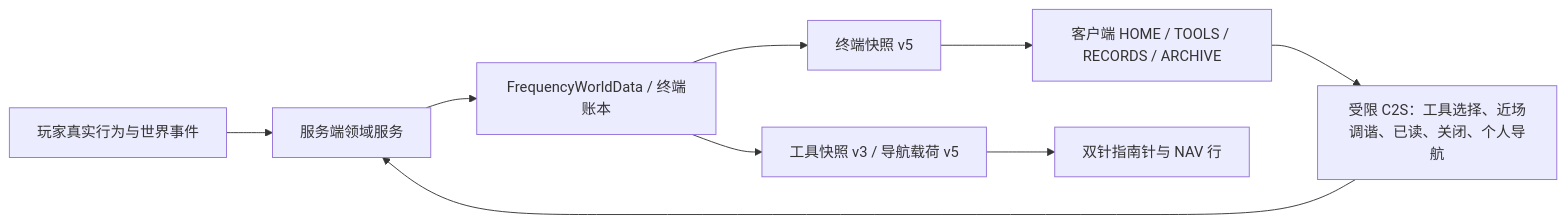
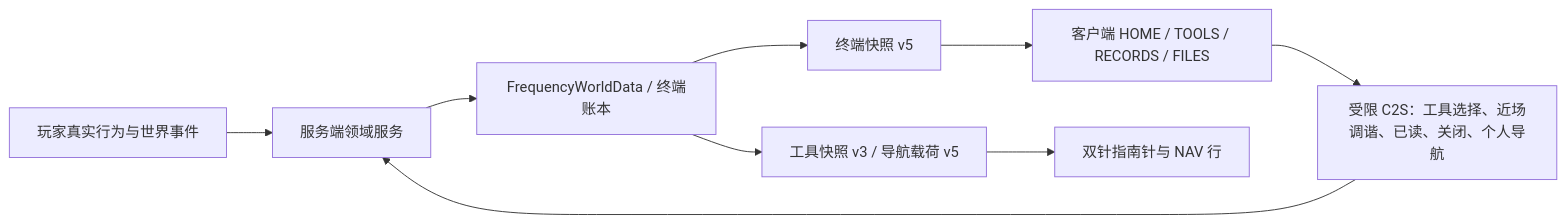
The diagram in docs/architecture.md (xiaoming6680/MC-The-Fourth-Frequency), drawn with Mermaid before and after one commit. The commit also changed other lines of this file and 264 other files, not shown here.

````diff
--- a/docs/architecture.md
+++ b/docs/architecture.md
@@ -37,11 +37,11 @@
 ```mermaid
 flowchart LR
     A["玩家真实行为与世界事件"] --> B["服务端领域服务"]
     B --> C["FrequencyWorldData / 终端账本"]
     C --> D["终端快照 v5"]
     C --> E["工具快照 v3 / 导航载荷 v5"]
-    D --> F["客户端 HOME / TOOLS / RECORDS / ARCHIVE"]
+    D --> F["客户端 HOME / TOOLS / RECORDS / FILES"]
     E --> G["双针指南针与 NAV 行"]
     F --> H["受限 C2S：工具选择、近场调谐、已读、关闭、个人导航"]
     H --> B
 ```
````
